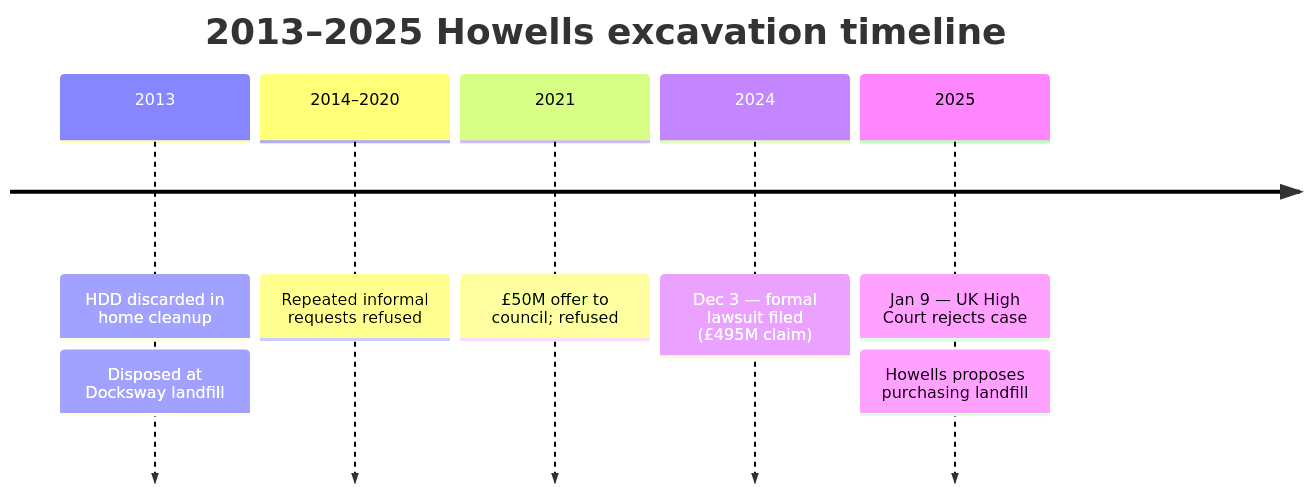
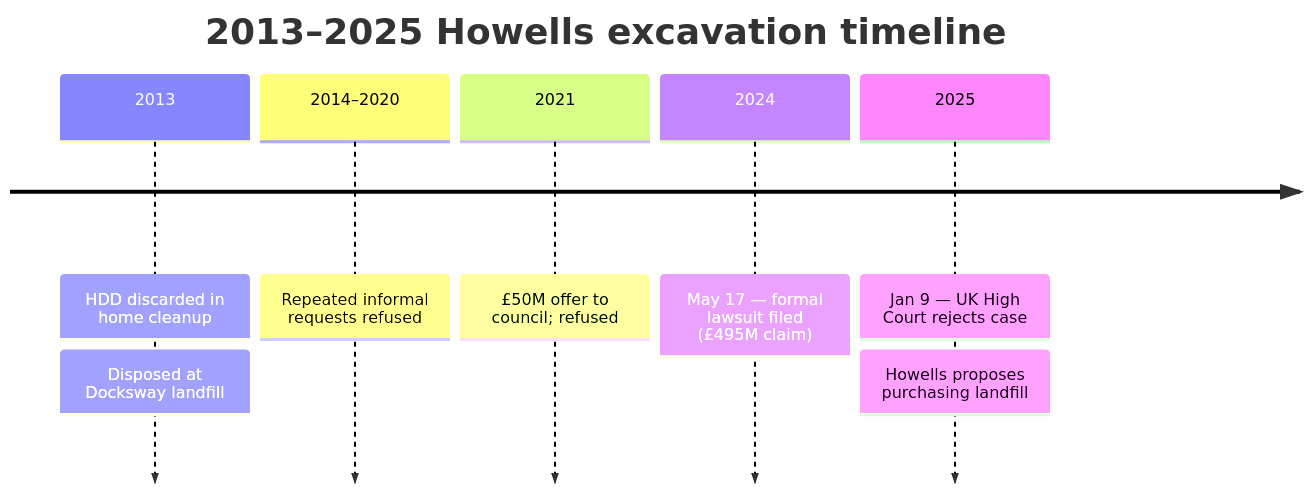
Before and after one commit to cypher256/BitcoinArchive: the diagram in src/data/entries/en/aftermath/2024-12-03-james-howells-7500-btc-newport-landfill.md, drawn with Mermaid. The commit also changed other lines of this file and 66 other files, not shown here.

````diff
--- a/src/data/entries/en/aftermath/2024-12-03-james-howells-7500-btc-newport-landfill.md
+++ b/src/data/entries/en/aftermath/2024-12-03-james-howells-7500-btc-newport-landfill.md
@@ -36,11 +36,11 @@
 ```mermaid
 timeline
     title 2013–2025 Howells excavation timeline
     2013 : HDD discarded in home cleanup
          : Disposed at Docksway landfill
     2014–2020 : Repeated informal requests refused
     2021 : £50M offer to council; refused
-    2024 : Dec 3 — formal lawsuit filed (£495M claim)
+    2024 : May 17 — formal lawsuit filed (£495M claim)
     2025 : Jan 9 — UK High Court rejects case
          : Howells proposes purchasing landfill
 ```
````
